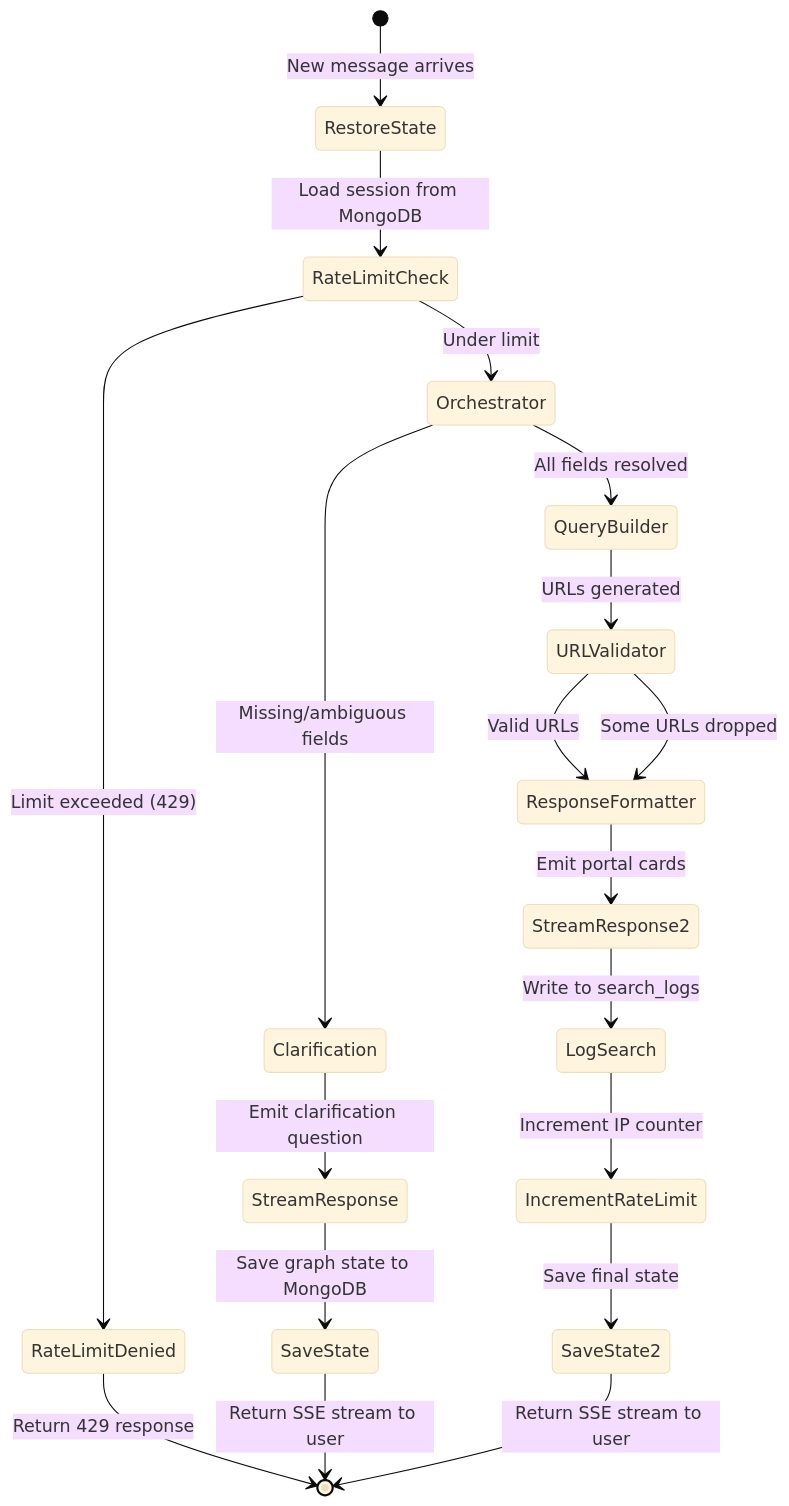
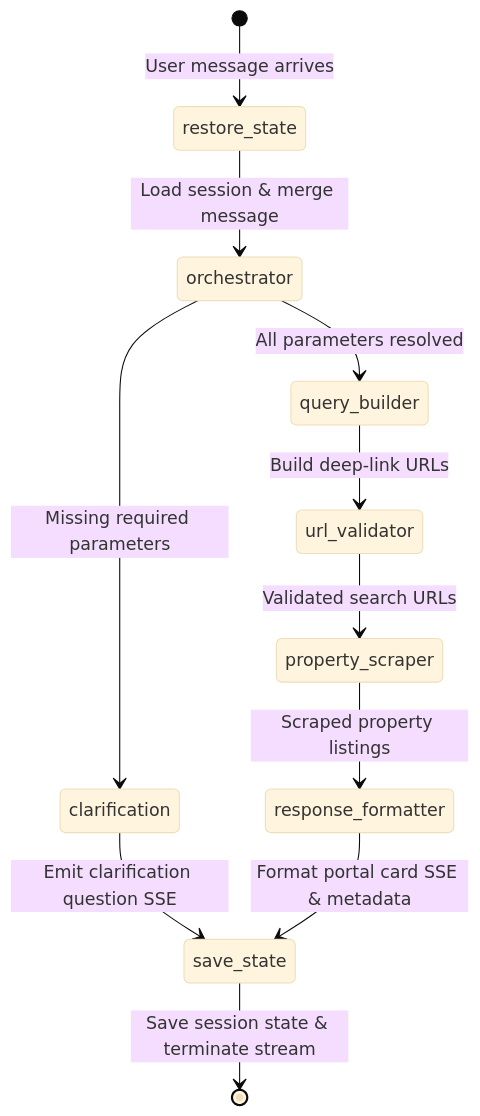
One commit to SandeepPamujula/PropGenie changed the third of 3 diagrams in docs/hld/02-system-architecture.md. Above: the diagram before and after it, drawn with Mermaid (base theme). The commit also changed other lines of this file and 18 other files, not shown here.

Commit message:
feat: work flow graph

````diff
--- a/docs/hld/02-system-architecture.md
+++ b/docs/hld/02-system-architecture.md
@@ -86,26 +86,17 @@
 ```mermaid
 stateDiagram-v2
-    [*] --> RestoreState: New message arrives
-    RestoreState --> RateLimitCheck: Load session from MongoDB
+    [*] --> restore_state: User message arrives
+    restore_state --> orchestrator: Load session & merge message
 
-    RateLimitCheck --> Orchestrator: Under limit
-    RateLimitCheck --> RateLimitDenied: Limit exceeded (429)
-    RateLimitDenied --> [*]: Return 429 response
+    orchestrator --> clarification: Missing required parameters
+    orchestrator --> query_builder: All parameters resolved
 
-    Orchestrator --> Clarification: Missing/ambiguous fields
-    Orchestrator --> QueryBuilder: All fields resolved
-
-    Clarification --> StreamResponse: Emit clarification question
-    StreamResponse --> SaveState: Save graph state to MongoDB
-    SaveState --> [*]: Return SSE stream to user
-
-    QueryBuilder --> URLValidator: URLs generated
-    URLValidator --> ResponseFormatter: Valid URLs
-    URLValidator --> ResponseFormatter: Some URLs dropped
-
-    ResponseFormatter --> StreamResponse2: Emit portal cards
-    StreamResponse2 --> LogSearch: Write to search_logs
-    LogSearch --> IncrementRateLimit: Increment IP counter
-    IncrementRateLimit --> SaveState2: Save final state
-    SaveState2 --> [*]: Return SSE stream to user
+    clarification --> save_state: Emit clarification question SSE
+    
+    query_builder --> url_validator: Build deep-link URLs
+    url_validator --> property_scraper: Validated search URLs
+    property_scraper --> response_formatter: Scraped property listings
+    response_formatter --> save_state: Format portal card SSE & metadata
+    
+    save_state --> [*]: Save session state & terminate stream
 ```
````
